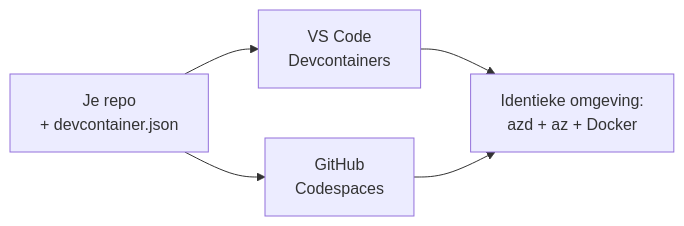
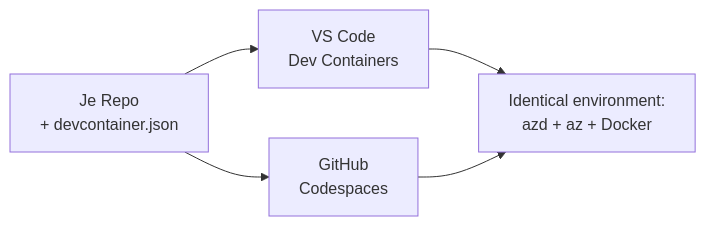
One commit to microsoft/AZD-for-beginners changed the diagram in translations/nl/docs/chapter-01-foundation/dev-containers.md. Above: the diagram before and after it, drawn with Mermaid. The commit also changed other lines of this file and 61 other files, not shown here.

````diff
--- a/translations/nl/docs/chapter-01-foundation/dev-containers.md
+++ b/translations/nl/docs/chapter-01-foundation/dev-containers.md
@@ -41,7 +41,7 @@
 ```mermaid
 graph LR
-    Repo[Je repo<br/>+ devcontainer.json] --> VSCode[VS Code<br/>Devcontainers]
+    Repo[Je Repo<br/>+ devcontainer.json] --> VSCode[VS Code<br/>Dev Containers]
     Repo --> Codespaces[GitHub<br/>Codespaces]
-    VSCode --> Env[Identieke omgeving:<br/>azd + az + Docker]
+    VSCode --> Env[Identical environment:<br/>azd + az + Docker]
     Codespaces --> Env
 ```
````
